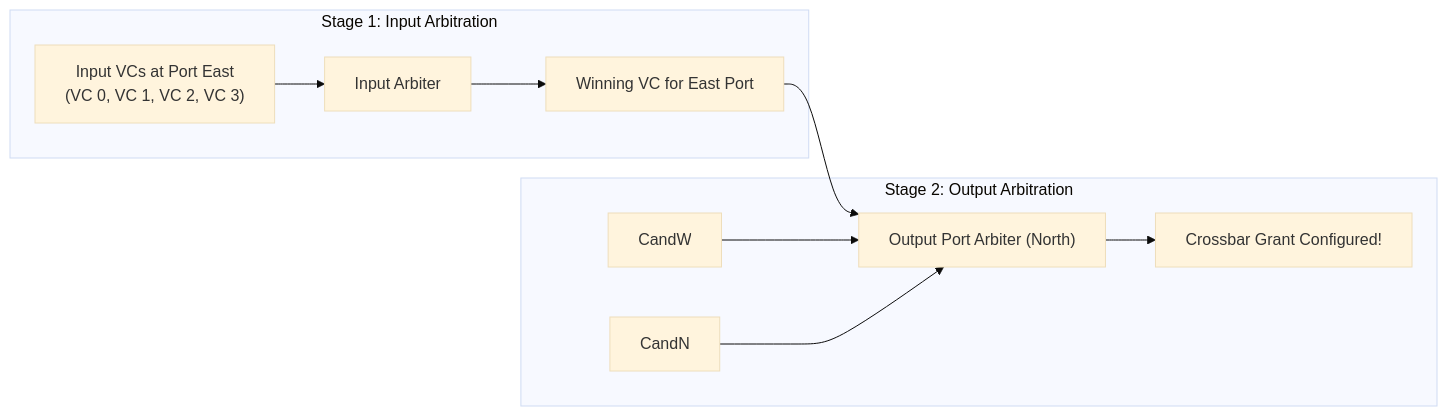
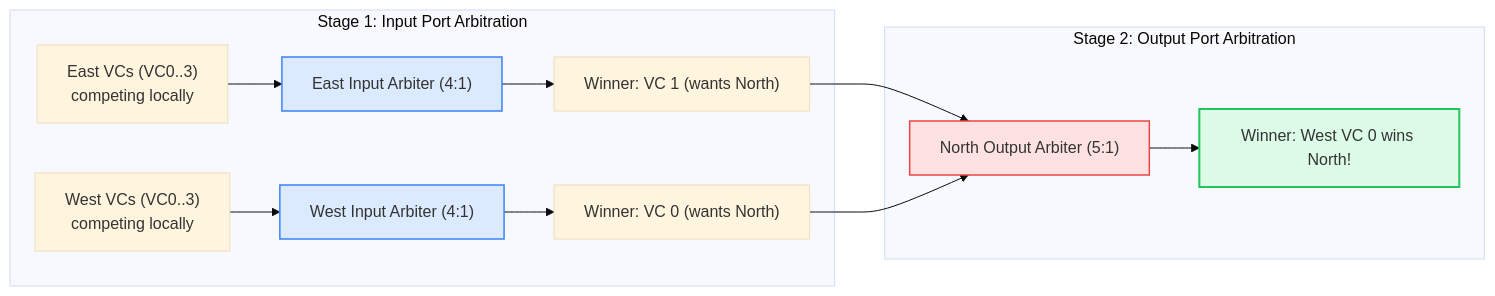
Before and after one commit to network-on-chip/learning: the first of 2 diagrams in docs/track2-router-architecture/03-arbitration-crossbar.md, drawn with Mermaid (base theme). The commit also changed other lines of this file and 8 other files, not shown here.

Commit message:
Upgrade Track 2: Router Microarchitecture with 4 interactive simulators, synthesizable Verilog matrix arbiter, and SMART bypass routers

````diff
--- a/docs/track2-router-architecture/03-arbitration-crossbar.md
+++ b/docs/track2-router-architecture/03-arbitration-crossbar.md
@@ -60,12 +380,19 @@
 ```mermaid
 graph LR
-  subgraph Stage1 [Stage 1: Input Arbitration]
-    InVCs["Input VCs at Port East<br/>(VC 0, VC 1, VC 2, VC 3)"] --> InArb["Input Arbiter"]
-    InArb --> CandIn["Winning VC for East Port"]
+  subgraph Stage1 ["Stage 1: Input Port Arbitration"]
+    VC_East["East VCs (VC0..3)<br/>competing locally"] --> InArb_E["East Input Arbiter (4:1)"]
+    VC_West["West VCs (VC0..3)<br/>competing locally"] --> InArb_W["West Input Arbiter (4:1)"]
+    InArb_E --> Cand_E["Winner: VC 1 (wants North)"]
+    InArb_W --> Cand_W["Winner: VC 0 (wants North)"]
   end
 
-  subgraph Stage2 [Stage 2: Output Arbitration]
-    CandIn & CandW & CandN --> OutArb["Output Port Arbiter (North)"]
-    OutArb --> Grant["Crossbar Grant Configured!"]
+  subgraph Stage2 ["Stage 2: Output Port Arbitration"]
+    Cand_E & Cand_W --> OutArb_N["North Output Arbiter (5:1)"]
+    OutArb_N --> FinalGrant["Winner: West VC 0 wins North!"]
   end
+
+  style InArb_E fill:#dbeafe,stroke:#3b82f6,stroke-width:1.5px;
+  style InArb_W fill:#dbeafe,stroke:#3b82f6,stroke-width:1.5px;
+  style OutArb_N fill:#fee2e2,stroke:#ef4444,stroke-width:1.5px;
+  style FinalGrant fill:#dcfce7,stroke:#22c55e,stroke-width:2px;
 ```
````
